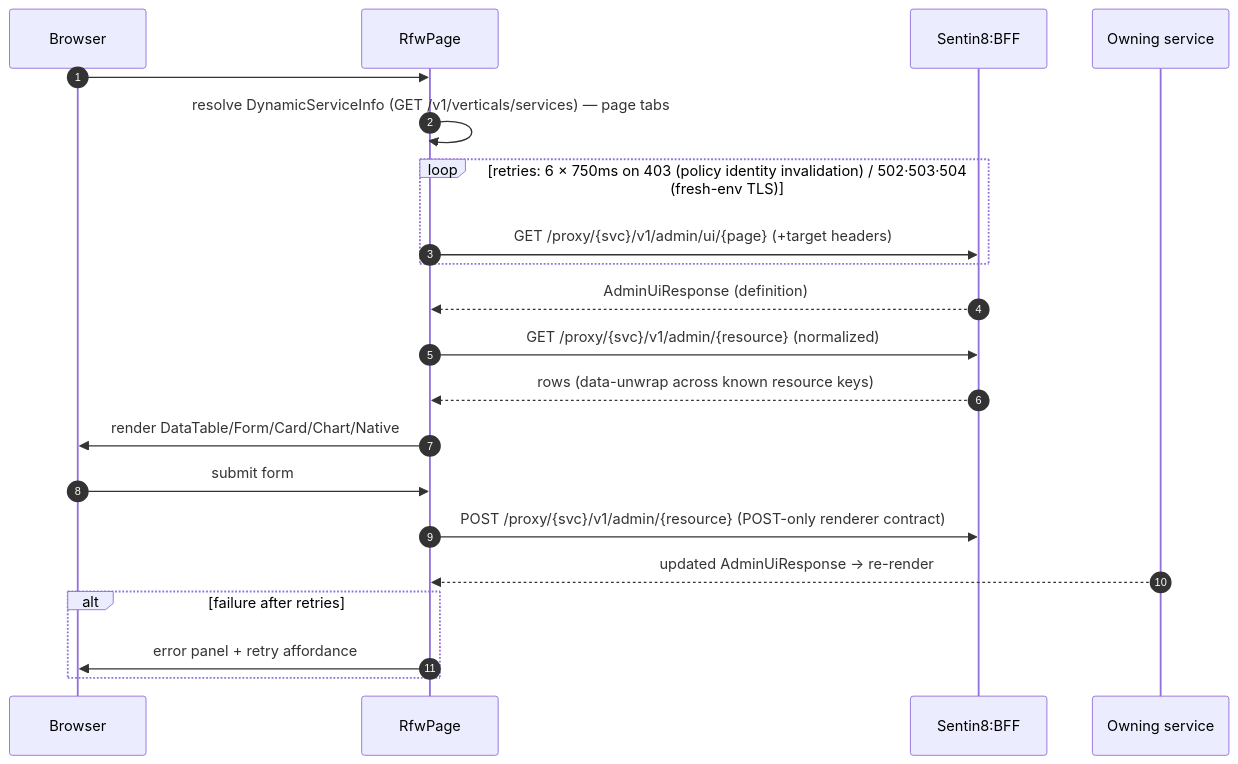
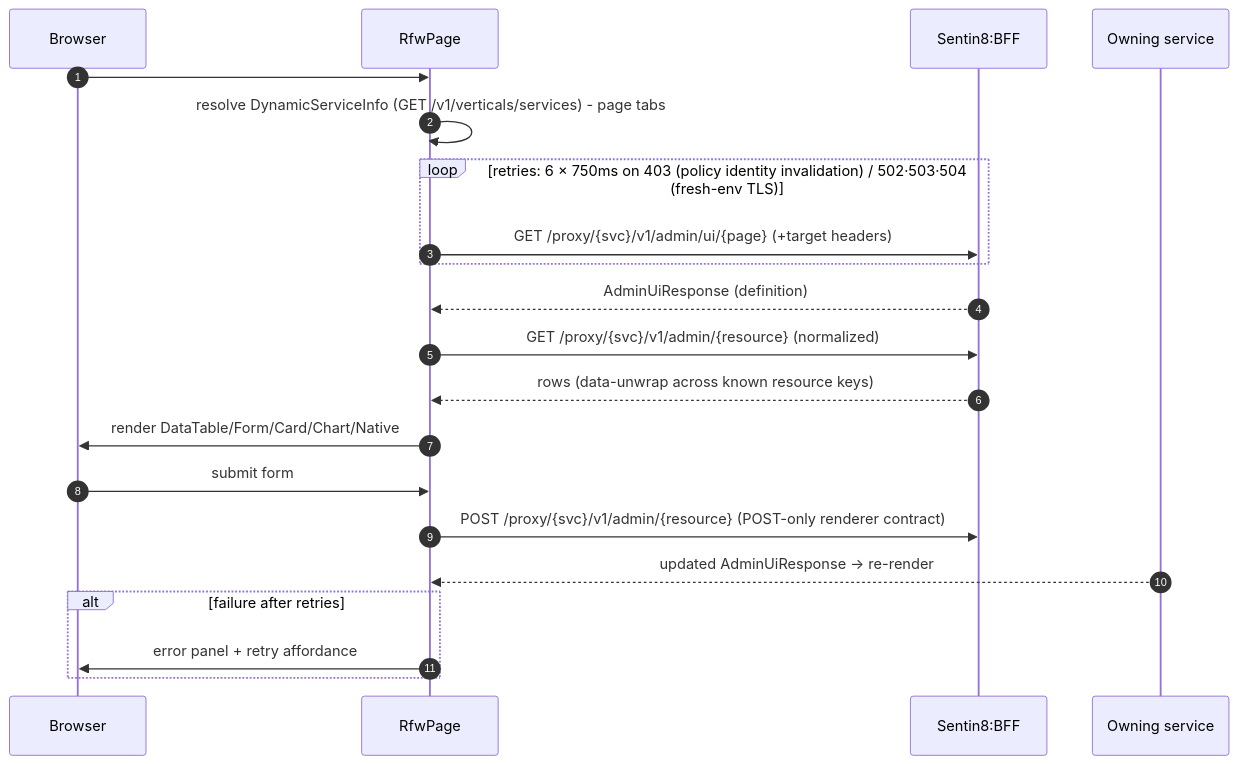
The sixth of 9 diagrams in docs/apps/dash/design.md (Sentin8/sentin8-site), drawn with Mermaid before and after one commit. The commit also changed other lines of this file and 105 other files, not shown here.

````diff
--- a/docs/apps/dash/design.md
+++ b/docs/apps/dash/design.md
@@ -195,23 +195,23 @@
 ```mermaid
 sequenceDiagram
     autonumber
     participant B as Browser
     participant R as RfwPage
     participant BFF as Sentin8:BFF
     participant SVC as Owning service
     B->>R: #/{service}/{page}?env=...
-    R->>R: resolve DynamicServiceInfo (GET /v1/verticals/services) — page tabs
+    R->>R: resolve DynamicServiceInfo (GET /v1/verticals/services) - page tabs
     loop retries: 6 × 750ms on 403 (policy identity invalidation) / 502·503·504 (fresh-env TLS)
         R->>BFF: GET /proxy/{svc}/v1/admin/ui/{page} (+target headers)
     end
     BFF-->>R: AdminUiResponse (definition)
     R->>BFF: GET /proxy/{svc}/v1/admin/{resource} (normalized)
     BFF-->>R: rows (data-unwrap across known resource keys)
     R->>B: render DataTable/Form/Card/Chart/Native
     B->>R: submit form
     R->>BFF: POST /proxy/{svc}/v1/admin/{resource} (POST-only renderer contract)
     SVC-->>R: updated AdminUiResponse → re-render
     alt failure after retries
         R->>B: error panel + retry affordance
     end
 ```
````
